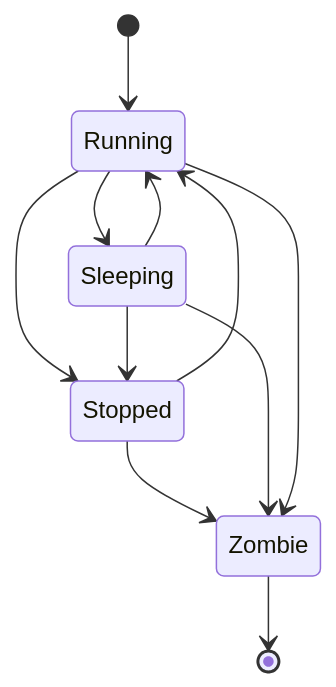
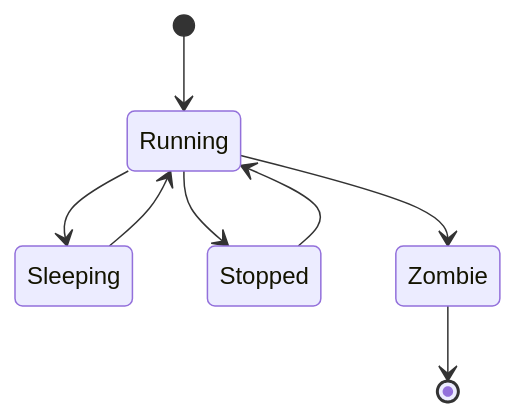
Before and after one commit to maestro-os/maestro: the diagram in doc/src/process.md, drawn with Mermaid. The commit also changed other lines of this file and 12 other files, not shown here.

````diff
--- a/doc/src/process.md
+++ b/doc/src/process.md
@@ -20,18 +20,13 @@
 ```mermaid
 stateDiagram-v2
     [*] --> Running
 
+    Running --> Sleeping
+    Running --> Stopped
+    Running --> Zombie
+
     Sleeping --> Running
     Stopped --> Running
 
-    Running --> Sleeping
- 
-    Running --> Stopped
-    Sleeping --> Stopped
- 
-    Stopped --> Zombie
-    Sleeping --> Zombie
-    Running --> Zombie
-    
     Zombie --> [*]
 ```
````
